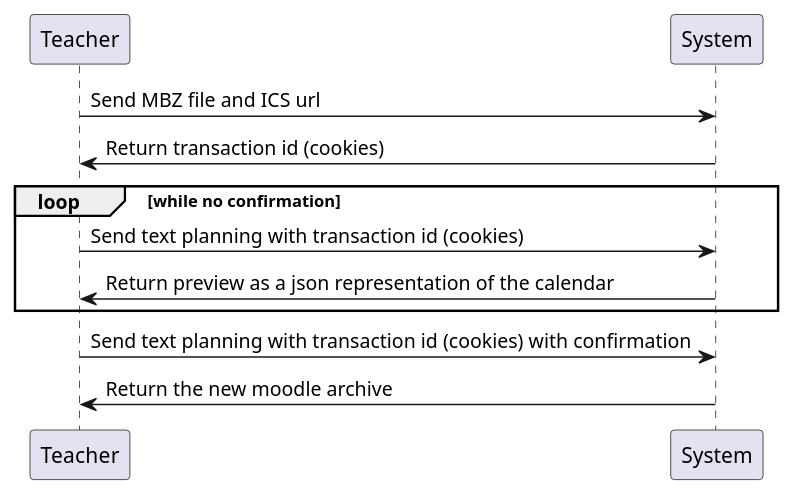
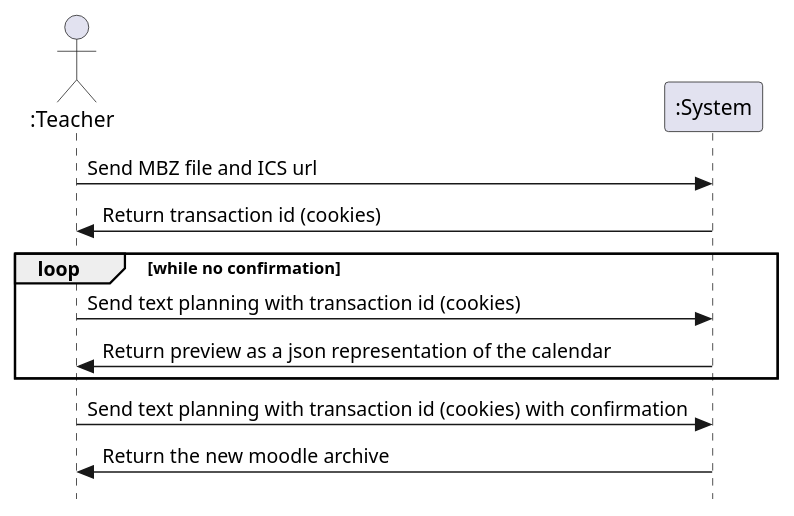
The diagram in ooad/rest-api.puml (fuhrmanator/course-activity-planner), drawn with PlantUML before and after one commit. The commit also changed 1 other file, not shown here.

```diff
--- a/ooad/rest-api.puml
+++ b/ooad/rest-api.puml
@@ -1,12 +1,15 @@
 @startuml
-Teacher -> System: Send MBZ file and ICS url
-System -> Teacher: Return transaction id (cookies)
+SkinParam style strictuml
+actor ":Teacher" as T
+participant ":System" as S
+T -> S: Send MBZ file and ICS url
+S -> T: Return transaction id (cookies)
 
 loop while no confirmation
-    Teacher -> System: Send text planning with transaction id (cookies)
-    Teacher <- System: Return preview as a json representation of the calendar
+    T -> S: Send text planning with transaction id (cookies)
+    T <- S: Return preview as a json representation of the calendar
 end
 
-Teacher -> System: Send text planning with transaction id (cookies) with confirmation
-Teacher <- System: Return the new moodle archive
+T -> S: Send text planning with transaction id (cookies) with confirmation
+T <- S: Return the new moodle archive
 @enduml
```
